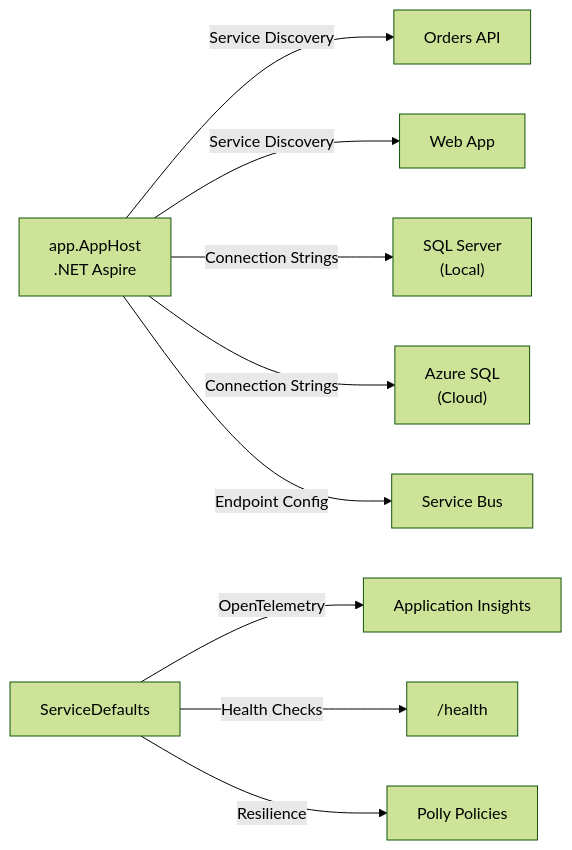
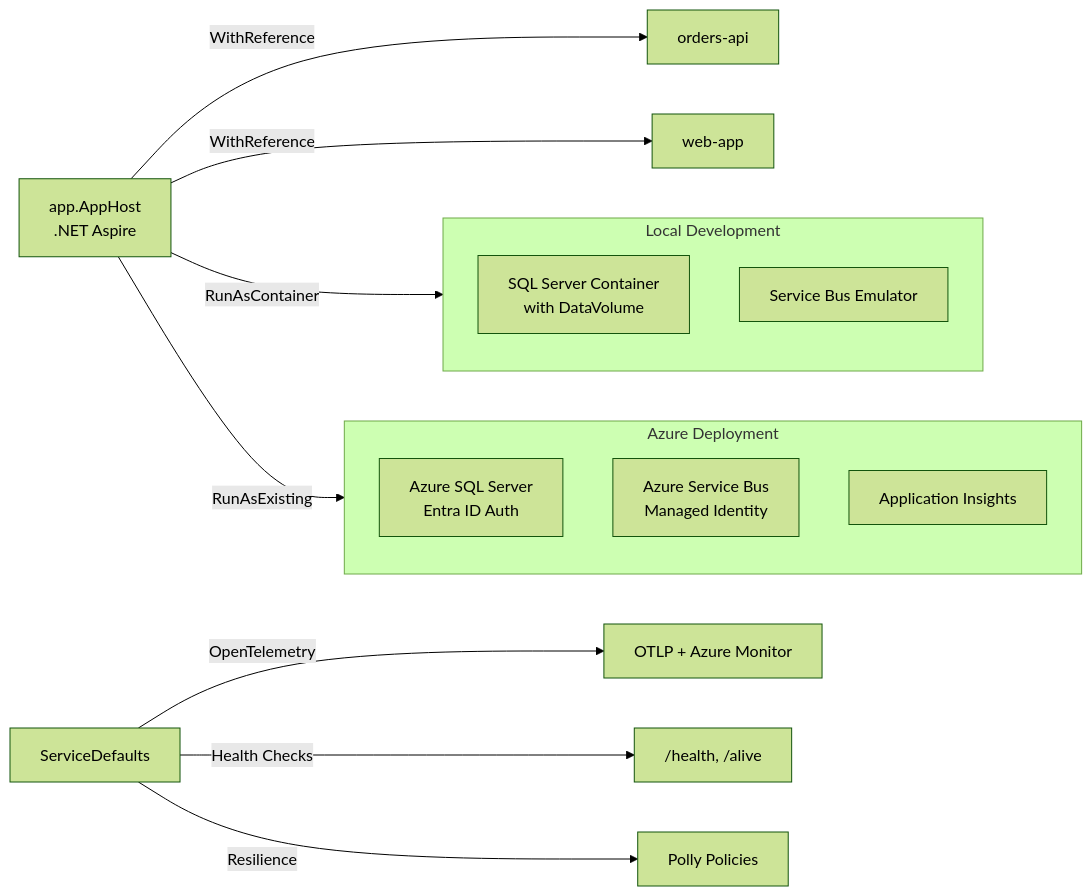
Before and after one commit to Evilazaro/Azure-LogicApps-Monitoring: the fourth of 15 diagrams in README.MD, drawn with Mermaid (forest theme). The commit also changed other lines of this file, not shown here.

First line of the commit message:
Enhance README.MD with detailed architecture and component descriptions

````diff
--- a/README.MD
+++ b/README.MD
@@ -156,12 +176,23 @@
 ```mermaid
 flowchart LR
-    AppHost["app.AppHost<br/>.NET Aspire"] -->|"Service Discovery"| OrdersAPI["Orders API"]
-    AppHost -->|"Service Discovery"| WebApp["Web App"]
-    AppHost -->|"Connection Strings"| SQLContainer["SQL Server<br/>(Local)"]
-    AppHost -->|"Connection Strings"| AzureSQL["Azure SQL<br/>(Cloud)"]
-    AppHost -->|"Endpoint Config"| ServiceBus["Service Bus"]
+    AppHost["app.AppHost<br/>.NET Aspire"] -->|"WithReference"| OrdersAPI["orders-api"]
+    AppHost -->|"WithReference"| WebApp["web-app"]
     
-    ServiceDefaults["ServiceDefaults"] -->|"OpenTelemetry"| AppInsights["Application Insights"]
-    ServiceDefaults -->|"Health Checks"| HealthEndpoint["/health"]
+    subgraph LocalMode["Local Development"]
+        SQLContainer["SQL Server Container<br/>with DataVolume"]
+        SBEmulator["Service Bus Emulator"]
+    end
+    
+    subgraph AzureMode["Azure Deployment"]
+        AzureSQL["Azure SQL Server<br/>Entra ID Auth"]
+        AzureSB["Azure Service Bus<br/>Managed Identity"]
+        AppInsights["Application Insights"]
+    end
+    
+    AppHost -->|"RunAsContainer"| LocalMode
+    AppHost -->|"RunAsExisting"| AzureMode
+    
+    ServiceDefaults["ServiceDefaults"] -->|"OpenTelemetry"| Exporters["OTLP + Azure Monitor"]
+    ServiceDefaults -->|"Health Checks"| Endpoints["/health, /alive"]
     ServiceDefaults -->|"Resilience"| Polly["Polly Policies"]
 ```
````
